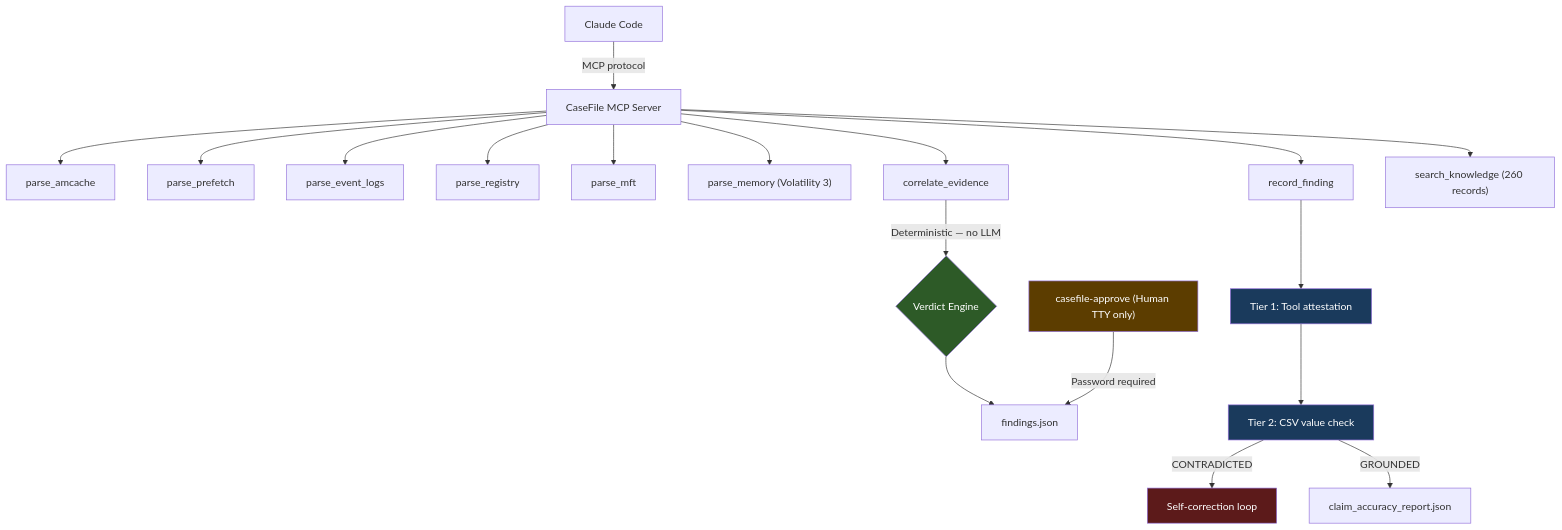
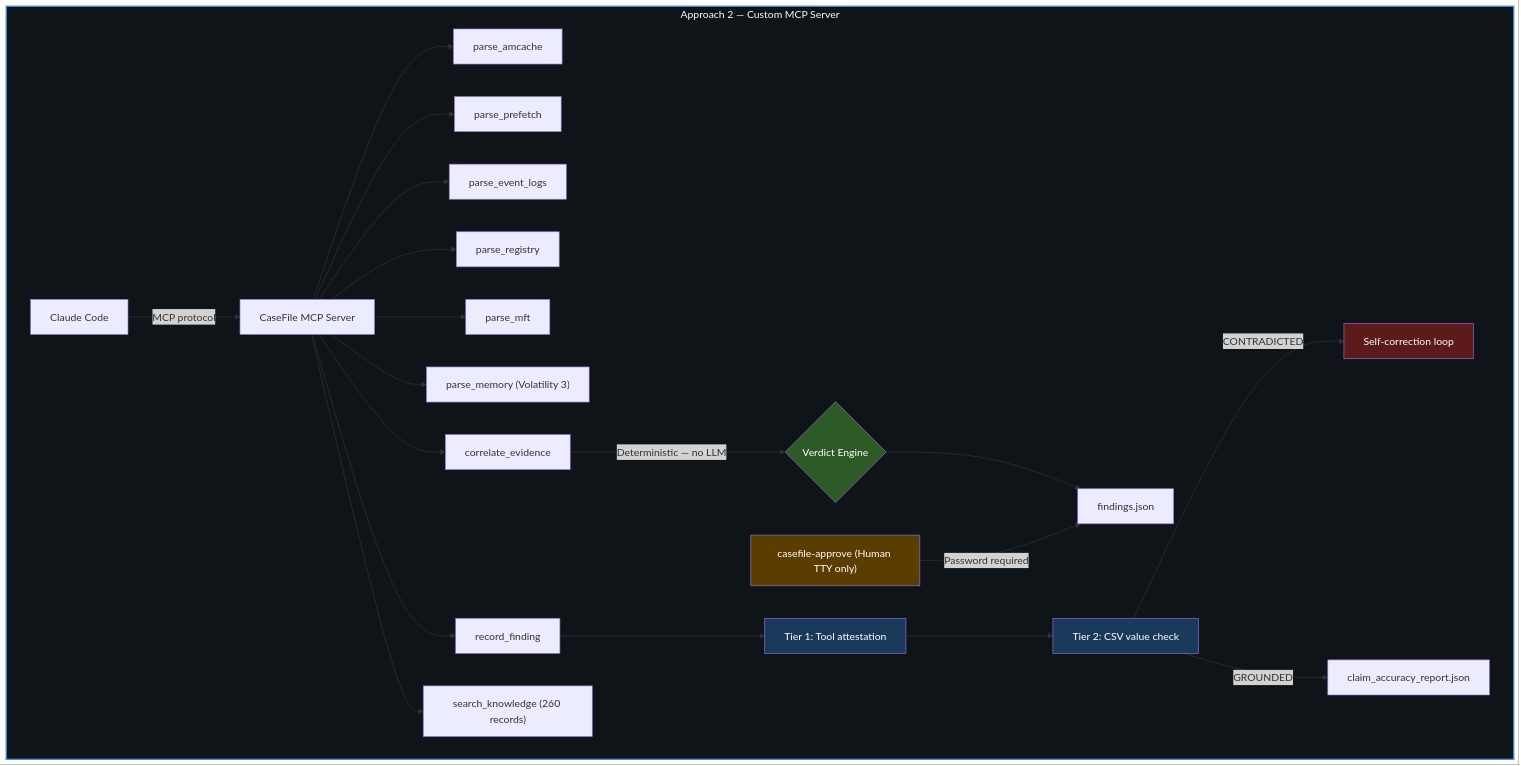
One commit to nurusyda/casefile changed the diagram in README.md. Above: the diagram before and after it, drawn with Mermaid. The commit also changed other lines of this file and 1 other file, not shown here.

Commit message:
docs: surface verified properties + Approach 2 pattern label

````diff
--- a/README.md
+++ b/README.md
@@ -190,25 +224,28 @@
 ```mermaid
 graph TD
+    subgraph S["Approach 2 — Custom MCP Server"]
     A[Claude Code] -->|MCP protocol| B[CaseFile MCP Server]
     B --> C[parse_amcache]
     B --> D[parse_prefetch]
     B --> E[parse_event_logs]
     B --> F[parse_registry]
     B --> G[parse_mft]
     B --> H["parse_memory (Volatility 3)"]
     B --> I[correlate_evidence]
     B --> J[record_finding]
     B --> K["search_knowledge (260 records)"]
     I -->|"Deterministic — no LLM"| L{Verdict Engine}
     L --> M[findings.json]
     J --> N["Tier 1: Tool attestation"]
     N --> O["Tier 2: CSV value check"]
     O -->|CONTRADICTED| P["Self-correction loop"]
     O -->|GROUNDED| Q[claim_accuracy_report.json]
     R["casefile-approve (Human TTY only)"] -->|Password required| M
+    end
     style L fill:#2d5a27,color:#fff
     style N fill:#1a3a5c,color:#fff
     style O fill:#1a3a5c,color:#fff
     style P fill:#5c1a1a,color:#fff
     style R fill:#5c3d00,color:#fff
+    style S fill:#0f1419,color:#fff,stroke:#4a90e2,stroke-width:2px
 ```
````
